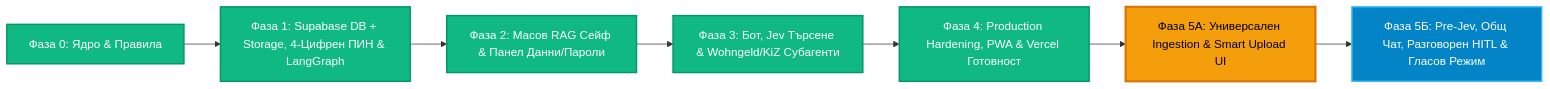
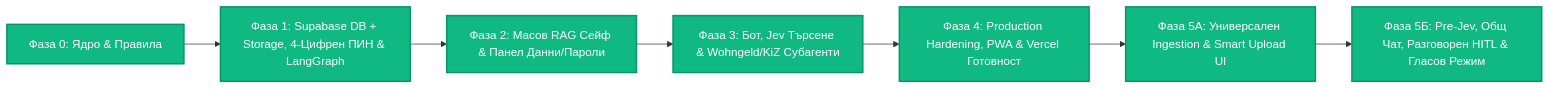
One commit to Krasimir-Hristov/KRONOS changed the diagram in ROADMAP.md. Above: the diagram before and after it, drawn with Mermaid. The commit also changed other lines of this file and 27 other files, not shown here.

````diff
--- a/ROADMAP.md
+++ b/ROADMAP.md
@@ -9,17 +9,17 @@
 ```mermaid
 flowchart LR
     P0["Фаза 0: Ядро & Правила"] --> P1["Фаза 1: Supabase DB + Storage, 4-Цифрен ПИН & LangGraph"]
     P1 --> P2["Фаза 2: Масов RAG Сейф & Панел Данни/Пароли"]
     P2 --> P3["Фаза 3: Бот, Jev Търсене & Wohngeld/KiZ Субагенти"]
     P3 --> P4["Фаза 4: Production Hardening, PWA & Vercel Готовност"]
     P4 --> P5A["Фаза 5А: Универсален Ingestion & Smart Upload UI"]
     P5A --> P5B["Фаза 5Б: Pre-Jev, Общ Чат, Разговорен HITL & Гласов Режим"]
 
     style P0 fill:#10b981,stroke:#059669,stroke-width:2px,color:#ffffff
     style P1 fill:#10b981,stroke:#059669,stroke-width:2px,color:#ffffff
     style P2 fill:#10b981,stroke:#059669,stroke-width:2px,color:#ffffff
     style P3 fill:#10b981,stroke:#059669,stroke-width:2px,color:#ffffff
     style P4 fill:#10b981,stroke:#059669,stroke-width:2px,color:#ffffff
-    style P5A fill:#f59e0b,stroke:#d97706,stroke-width:3px,color:#000000
-    style P5B fill:#0284c7,stroke:#38bdf8,stroke-width:2px,color:#ffffff
+    style P5A fill:#10b981,stroke:#059669,stroke-width:2px,color:#ffffff
+    style P5B fill:#10b981,stroke:#059669,stroke-width:2px,color:#ffffff
 ```
````
